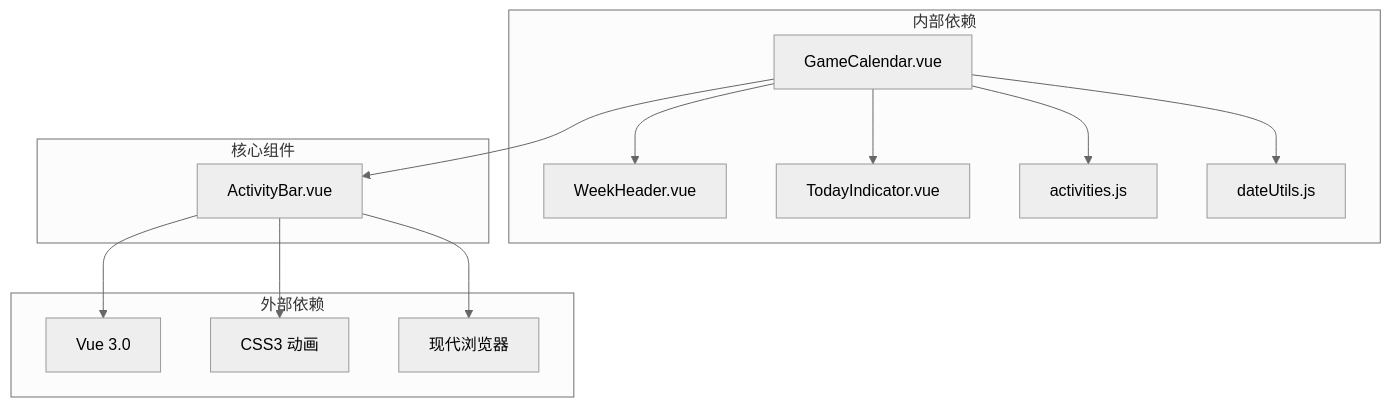
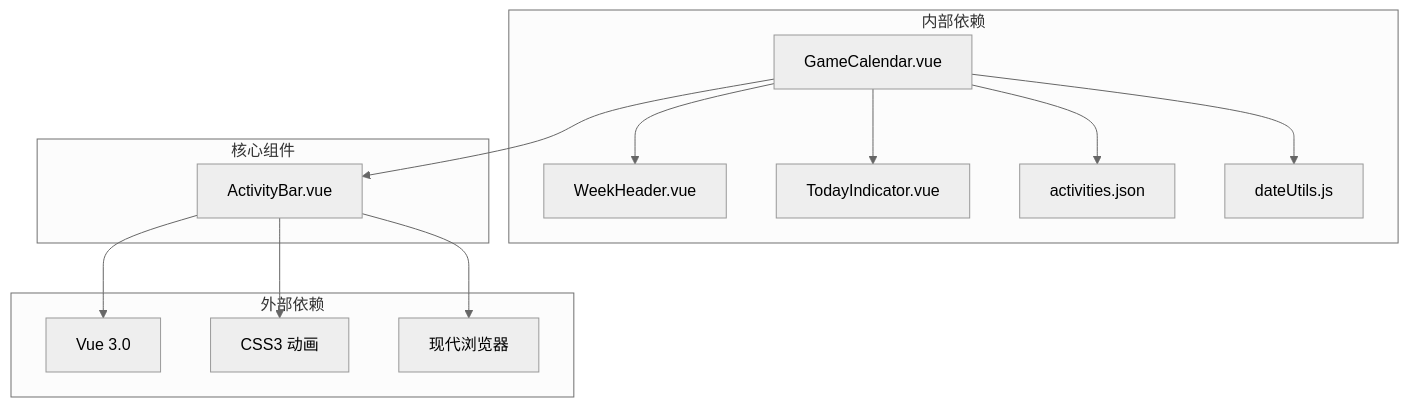
One commit to xuanyulingnfeg/gameCalendar changed the ninth of 9 diagrams in .qoder/repowiki/zh/content/核心组件/ActivityBar 活动条目组件.md. Above: the diagram before and after it, drawn with Mermaid (neutral theme). The commit also changed other lines of this file and 7 other files, not shown here.

````diff
--- a/.qoder/repowiki/zh/content/核心组件/ActivityBar 活动条目组件.md
+++ b/.qoder/repowiki/zh/content/核心组件/ActivityBar 活动条目组件.md
@@ -356,26 +403,26 @@
 ```mermaid
 graph TB
 subgraph "外部依赖"
 Vue[Vue 3.0]
 CSS[CSS3 动画]
 Browser[现代浏览器]
 end
 subgraph "内部依赖"
 GameCalendar[GameCalendar.vue]
 WeekHeader[WeekHeader.vue]
 TodayIndicator[TodayIndicator.vue]
-activities[activities.js]
+activities[activities.json]
 dateUtils[dateUtils.js]
 end
 subgraph "核心组件"
 ActivityBar[ActivityBar.vue]
 end
 GameCalendar --> ActivityBar
 GameCalendar --> WeekHeader
 GameCalendar --> TodayIndicator
 GameCalendar --> activities
 GameCalendar --> dateUtils
 ActivityBar --> Vue
 ActivityBar --> CSS
 ActivityBar --> Browser
 ```
````
